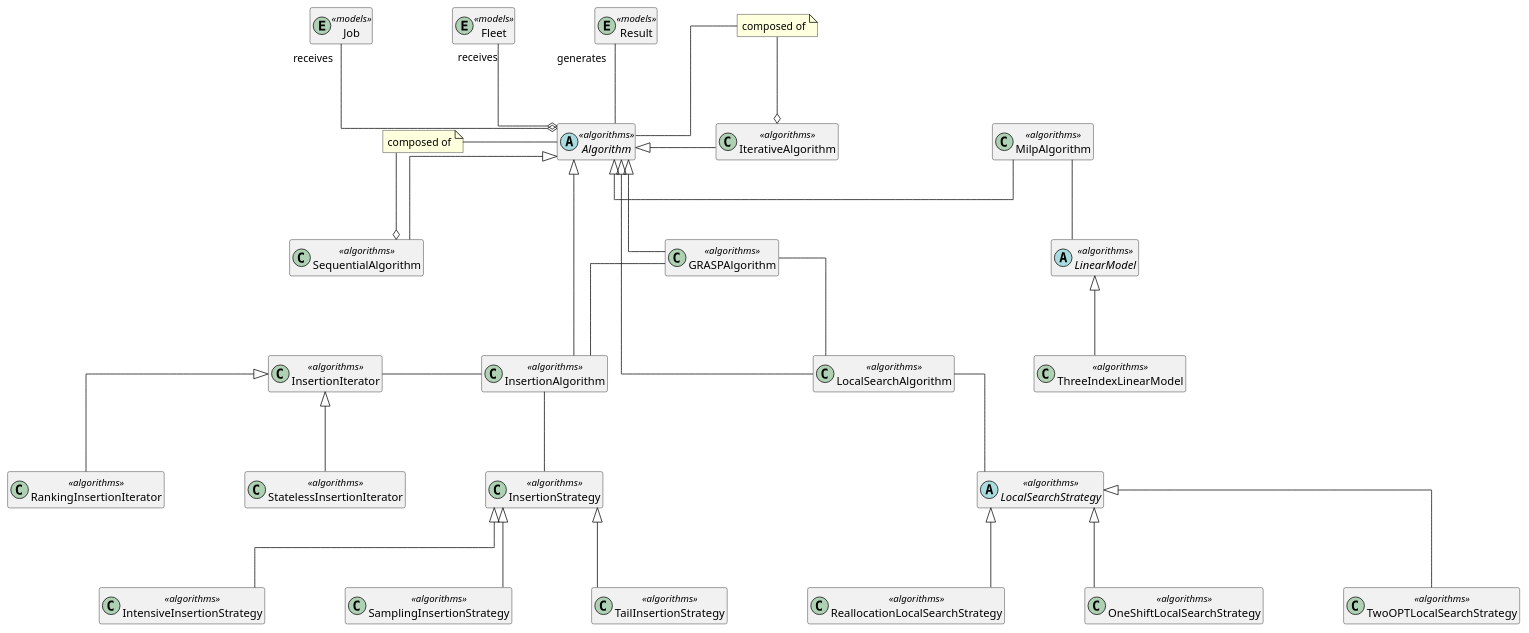
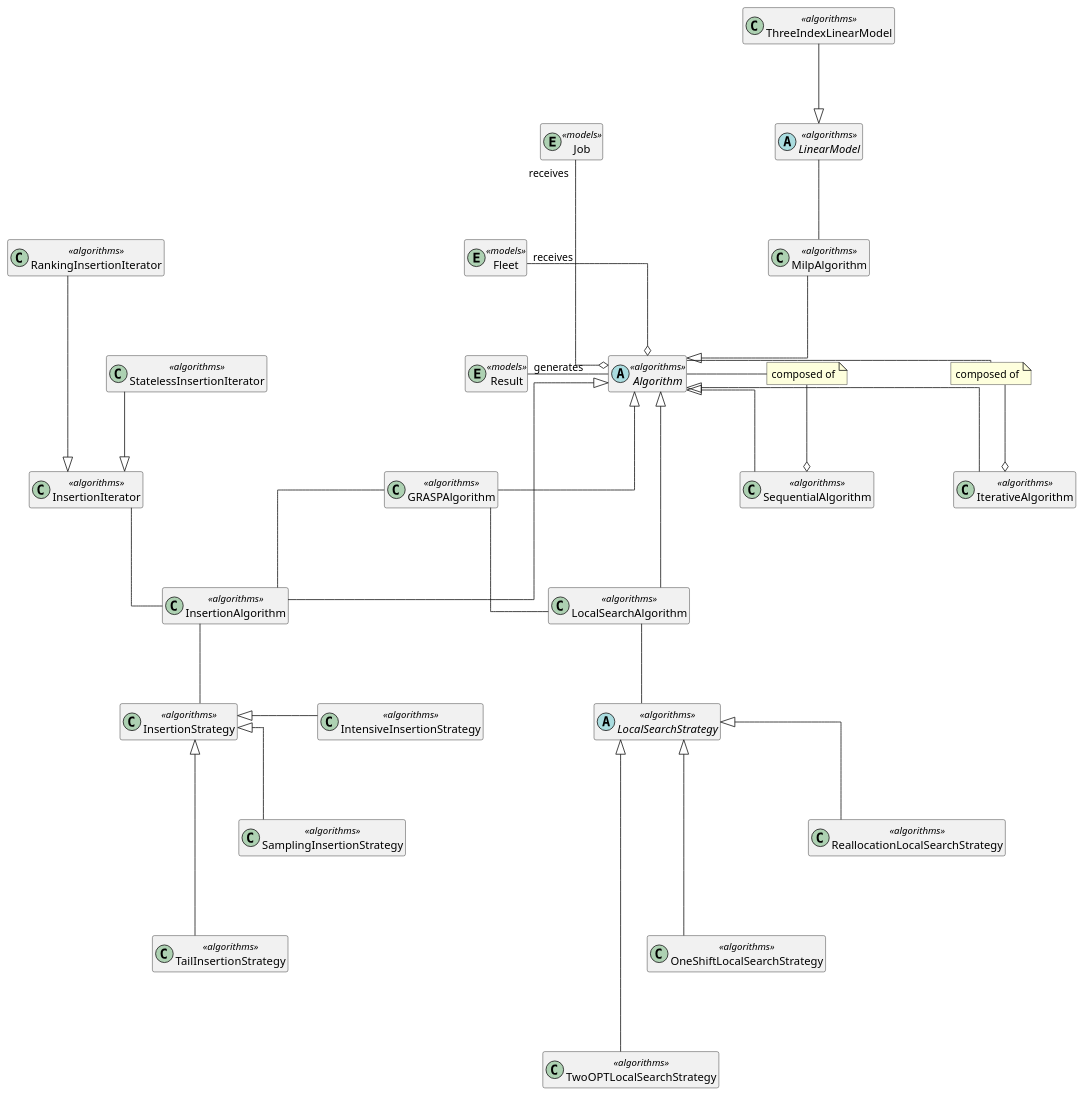
One commit to garciparedes/jinete changed the diagram in docs/source/_static/algorithms.puml. Above: the diagram before and after it, drawn with PlantUML.

Commit message:
ISSUE #127 * Improved diagram.

```diff
--- a/docs/source/_static/algorithms.puml
+++ b/docs/source/_static/algorithms.puml
@@ -1,91 +1,105 @@
 @startuml
 skinparam linetype ortho
 skinparam nodesep 100
 skinparam ranksep 100
 
 hide empty methods
 hide empty attributes
 
 entity Job <<models>>
 entity Fleet <<models>>
 
 entity Result <<models>>
 
 abstract class Algorithm <<algorithms>>
 
 class MilpAlgorithm <<algorithms>>
 
 abstract class LinearModel <<algorithms>>
 class ThreeIndexLinearModel <<algorithms>>
 
 class InsertionAlgorithm <<algorithms>>
 
 class InsertionIterator <<algorithms>>
 class RankingInsertionIterator <<algorithms>>
 class StatelessInsertionIterator <<algorithms>>
 
 class InsertionStrategy <<algorithms>>
 class IntensiveInsertionStrategy <<algorithms>>
 class SamplingInsertionStrategy <<algorithms>>
 class TailInsertionStrategy <<algorithms>>
 
 class LocalSearchAlgorithm <<algorithms>>
 
 abstract class LocalSearchStrategy <<algorithms>>
 class ReallocationLocalSearchStrategy <<algorithms>>
 class OneShiftLocalSearchStrategy <<algorithms>>
 class TwoOPTLocalSearchStrategy <<algorithms>>
 
 class GRASPAlgorithm <<algorithms>>
 class IterativeAlgorithm <<algorithms>>
 class SequentialAlgorithm <<algorithms>>
 
 
 InsertionAlgorithm -up-|> Algorithm
-Algorithm <|- MilpAlgorithm
 Algorithm <|-- LocalSearchAlgorithm
 Algorithm <|-- GRASPAlgorithm
-Algorithm <|- IterativeAlgorithm
-Algorithm <|-- SequentialAlgorithm
+MilpAlgorithm --|> Algorithm
+IterativeAlgorithm --|> Algorithm
+SequentialAlgorithm --|> Algorithm
 
 
-InsertionStrategy <|-- IntensiveInsertionStrategy
+
+InsertionStrategy <|- IntensiveInsertionStrategy
 InsertionStrategy <|-- SamplingInsertionStrategy
 InsertionStrategy <|-- TailInsertionStrategy
 
-InsertionIterator <|-- RankingInsertionIterator
-InsertionIterator <|-- StatelessInsertionIterator
+RankingInsertionIterator --|> InsertionIterator
+StatelessInsertionIterator --|> InsertionIterator
 
-LinearModel <|-- ThreeIndexLinearModel
+LinearModel <|-up- ThreeIndexLinearModel
 
 LocalSearchStrategy <|-- ReallocationLocalSearchStrategy
 LocalSearchStrategy <|-- OneShiftLocalSearchStrategy
 LocalSearchStrategy <|-- TwoOPTLocalSearchStrategy
 
 
-InsertionAlgorithm -left- InsertionIterator
+
+InsertionAlgorithm -up- InsertionIterator
 InsertionAlgorithm -down- InsertionStrategy
 
-MilpAlgorithm -- LinearModel
+MilpAlgorithm -up- LinearModel
 
-LocalSearchAlgorithm -- LocalSearchStrategy
+LocalSearchAlgorithm -down- LocalSearchStrategy
 
 
-GRASPAlgorithm -- LocalSearchAlgorithm
-GRASPAlgorithm -- InsertionAlgorithm
+GRASPAlgorithm -down- LocalSearchAlgorithm
+GRASPAlgorithm -down- InsertionAlgorithm
 
 
 note "composed of" as N1
 N1 --o IterativeAlgorithm
-N1 - Algorithm
+Algorithm - N1
 
 note "composed of" as N2
 N2 --o SequentialAlgorithm
-N2 - Algorithm
+Algorithm - N2
 
 
-Job "receives "--o Algorithm
-Fleet "receives"--o Algorithm
-Result "generates"-- Algorithm
+Job "receives "-o Algorithm
+Fleet "receives"-o Algorithm
+Result "generates"- Algorithm
+
+Job -down[hidden]- Fleet
+Fleet -down[hidden]- Result
+
+
+ReallocationLocalSearchStrategy -down[hidden]- OneShiftLocalSearchStrategy
+OneShiftLocalSearchStrategy -down[hidden]- TwoOPTLocalSearchStrategy
+
+IntensiveInsertionStrategy -down[hidden]- SamplingInsertionStrategy
+SamplingInsertionStrategy -down[hidden]- TailInsertionStrategy
+
+RankingInsertionIterator -down[hidden]- StatelessInsertionIterator
 
 @enduml
```
